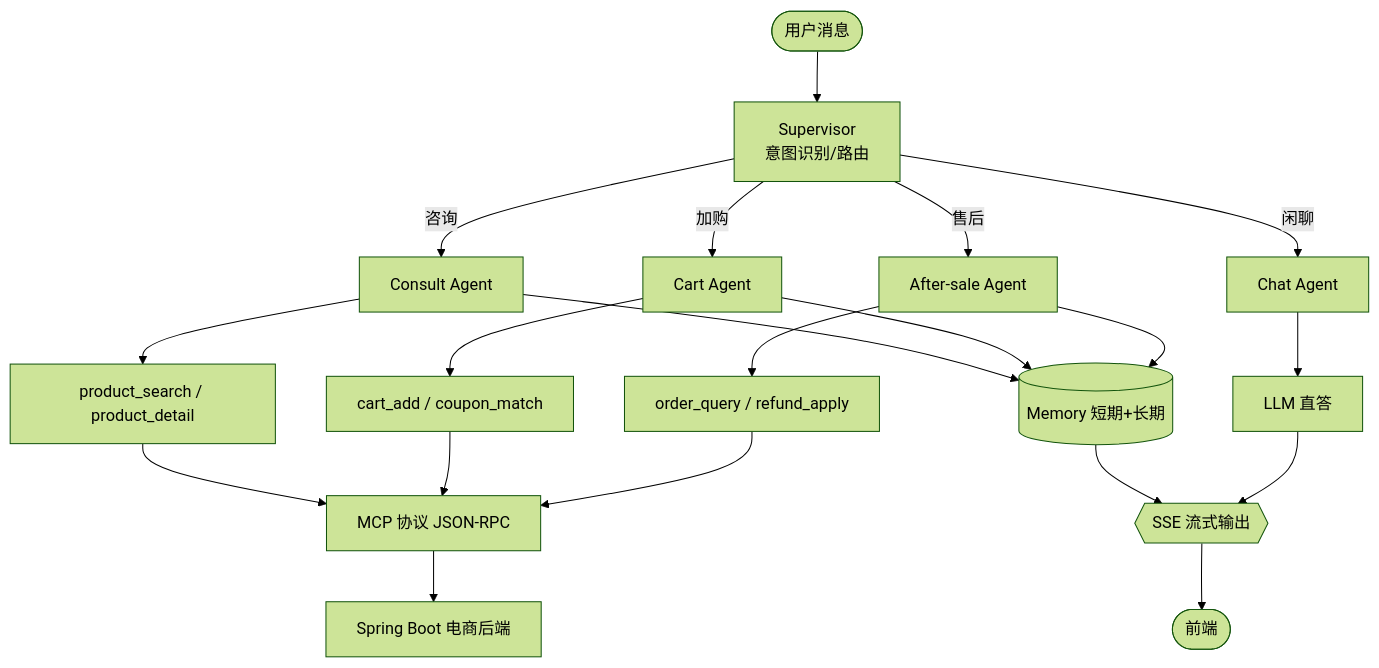
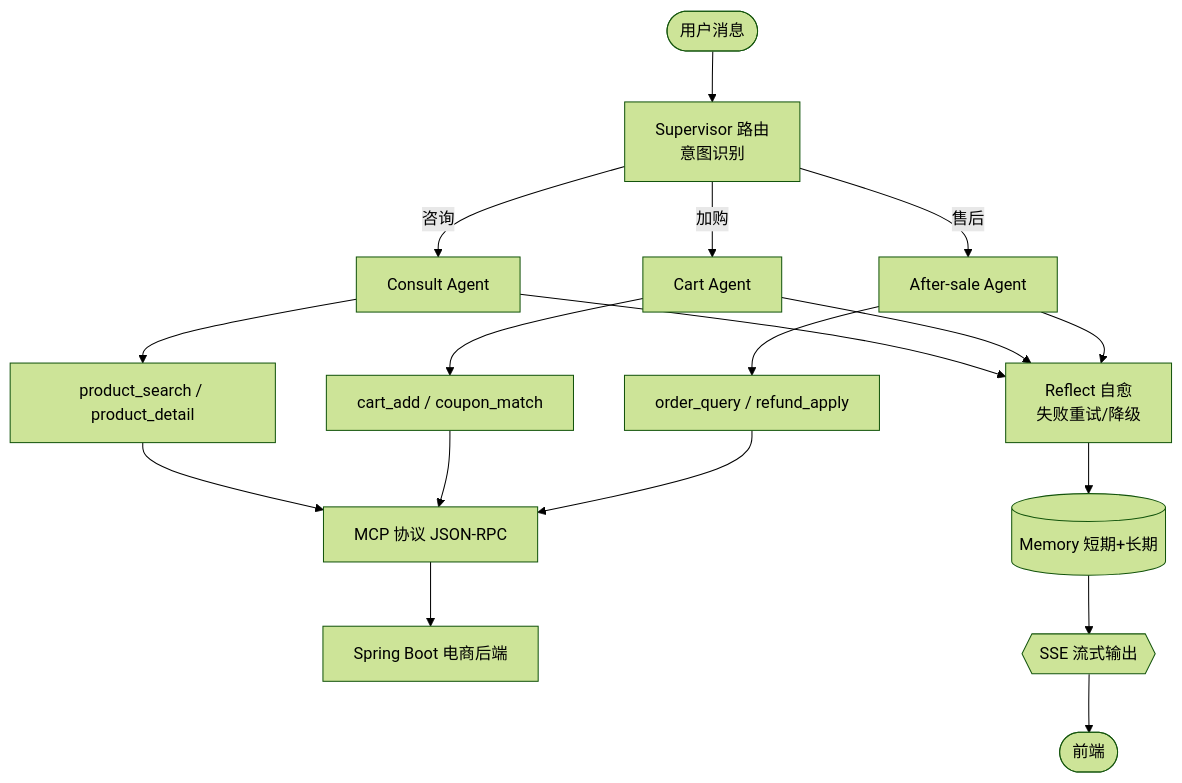
The fourth of 5 diagrams in README.md (FranXx827/personal), drawn with Mermaid (forest theme) before and after one commit. The commit also changed other lines of this file, not shown here.

First line of the commit message:
docs: 修复 README Mermaid 渲染报错并精简冗余

````diff
--- a/README.md
+++ b/README.md
@@ -114,24 +136,23 @@
 ```mermaid
 flowchart TB
-    START([用户消息]) --> SUP[Supervisor<br/>意图识别/路由]
+    START([用户消息]) --> SUP[Supervisor 路由<br/>意图识别]
     SUP -->|咨询| CONS[Consult Agent]
     SUP -->|加购| CART[Cart Agent]
     SUP -->|售后| AFTER[After-sale Agent]
-    SUP -->|闲聊| CHAT[Chat Agent]
 
     CONS --> TOOL1[product_search / product_detail]
     CART --> TOOL2[cart_add / coupon_match]
     AFTER --> TOOL3[order_query / refund_apply]
-    CHAT --> LLM1[LLM 直答]
 
     TOOL1 --> MCP[MCP 协议 JSON-RPC]
     TOOL2 --> MCP
     TOOL3 --> MCP
     MCP --> SB[Spring Boot 电商后端]
-    CONS --> MEM[(Memory 短期+长期)]
-    CART --> MEM
-    AFTER --> MEM
+
+    CONS --> REF[Reflect 自愈<br/>失败重试/降级]
+    CART --> REF
+    AFTER --> REF
+    REF --> MEM[(Memory 短期+长期)]
     MEM --> SSE{{SSE 流式输出}}
-    LLM1 --> SSE
-    SSE --> END([前端])
+    SSE --> FE([前端])
 ```
````
